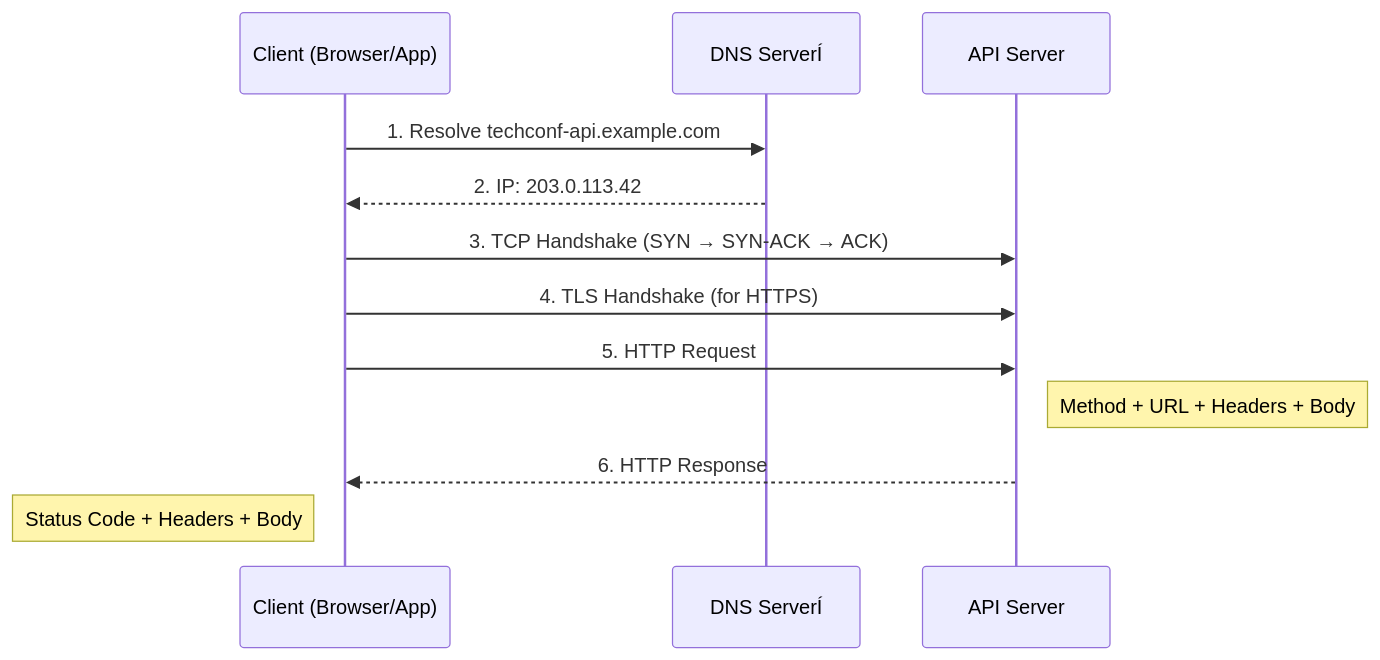
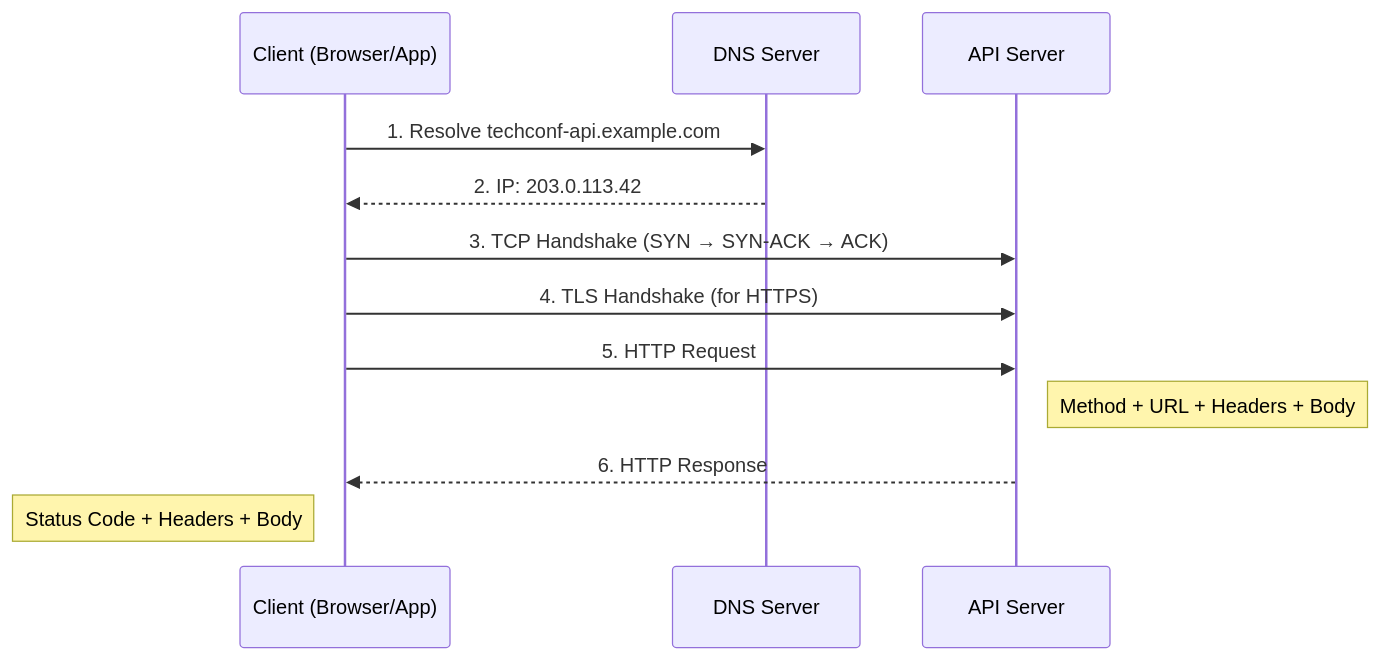
Before and after one commit to florianwachs/AspNetWebservicesCourse: the diagram in docs/day1/03-http-fundamentals.md, drawn with Mermaid.

Commit message:
Fix typo in DNS Server participant label

````diff
--- a/docs/day1/03-http-fundamentals.md
+++ b/docs/day1/03-http-fundamentals.md
@@ -19,18 +19,18 @@
 ```mermaid
 sequenceDiagram
     participant C as Client (Browser/App)
-    participant D as DNS ServerÍ
+    participant D as DNS Server
     participant S as API Server
 
     C->>D: 1. Resolve techconf-api.example.com
     D-->>C: 2. IP: 203.0.113.42
 
     C->>S: 3. TCP Handshake (SYN → SYN-ACK → ACK)
     C->>S: 4. TLS Handshake (for HTTPS)
 
     C->>S: 5. HTTP Request
     Note right of S: Method + URL + Headers + Body
 
     S-->>C: 6. HTTP Response
     Note left of C: Status Code + Headers + Body
 ```
````
